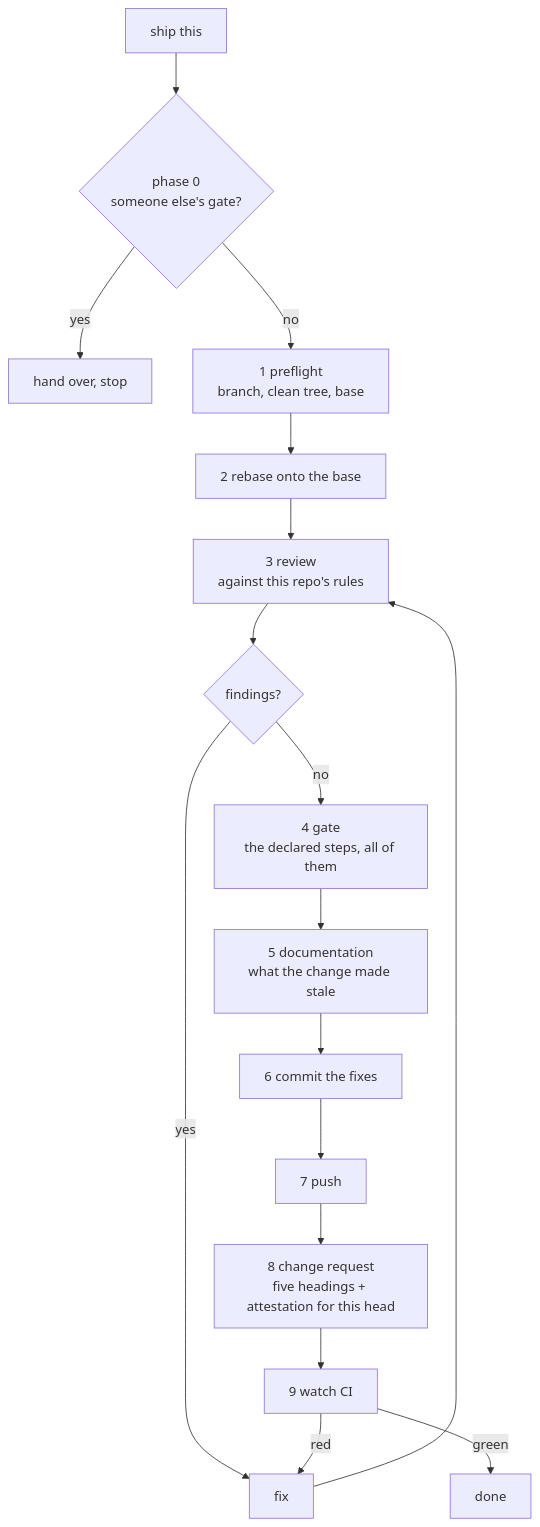
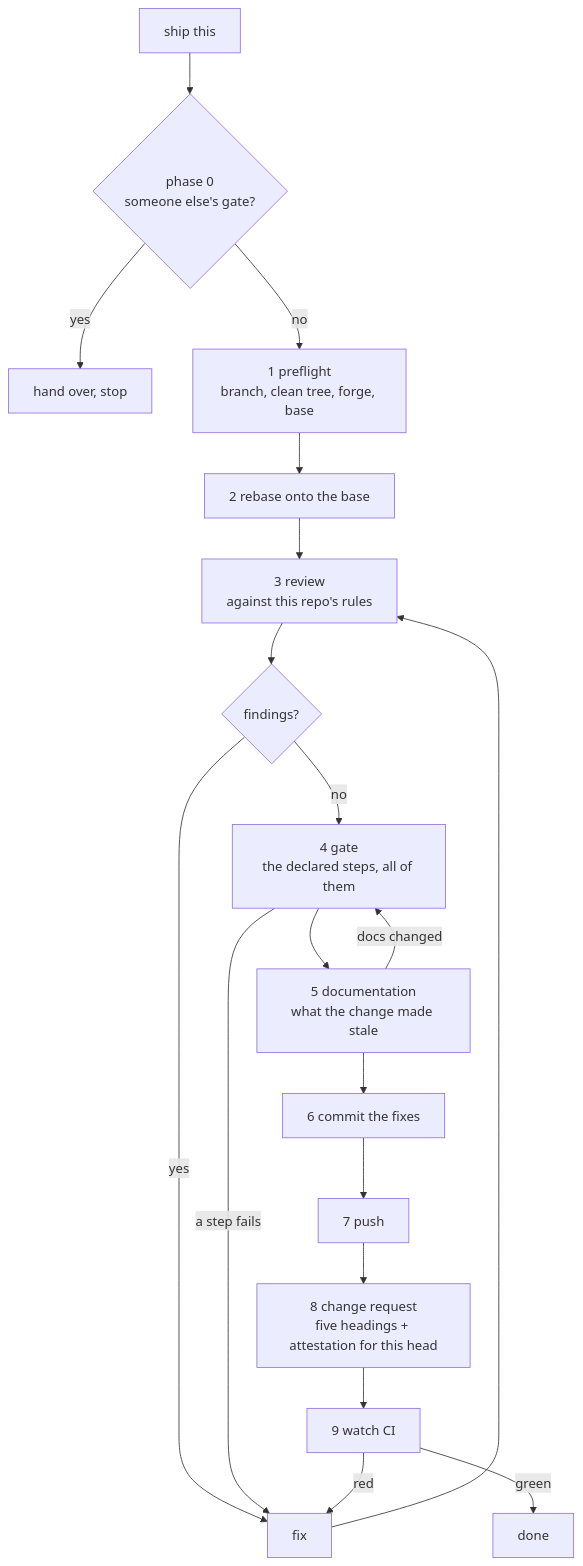
The diagram in README.md (Thurbeen/publish), drawn with Mermaid before and after one commit. The commit also changed other lines of this file and 2 other files, not shown here.

````diff
--- a/README.md
+++ b/README.md
@@ -41,18 +41,20 @@
 ```mermaid
 flowchart TD
     A["ship this"] --> B{"phase 0<br/>someone else's gate?"}
     B -->|yes| Z["hand over, stop"]
-    B -->|no| C["1 preflight<br/>branch, clean tree, base"]
+    B -->|no| C["1 preflight<br/>branch, clean tree, forge, base"]
     C --> D["2 rebase onto the base"]
     D --> E["3 review<br/>against this repo's rules"]
     E --> F{"findings?"}
     F -->|yes| G["fix"] --> E
     F -->|no| H["4 gate<br/>the declared steps, all of them"]
+    H -->|a step fails| G
     H --> D5["5 documentation<br/>what the change made stale"]
+    D5 -->|docs changed| H
     D5 --> I["6 commit the fixes"]
     I --> J["7 push"]
     J --> K["8 change request<br/>five headings + attestation for this head"]
     K --> L["9 watch CI"]
     L -->|red| G
     L -->|green| M["done"]
 ```
````
